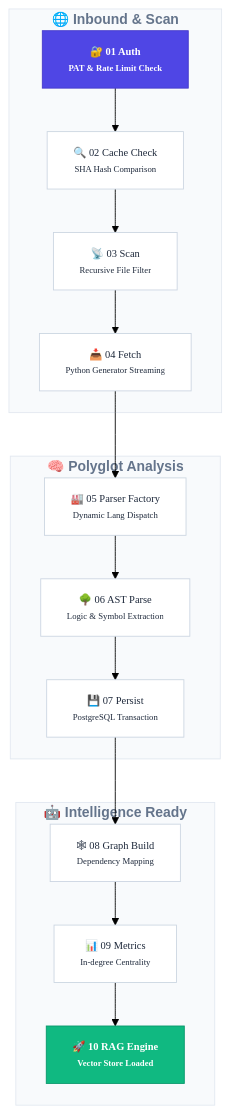
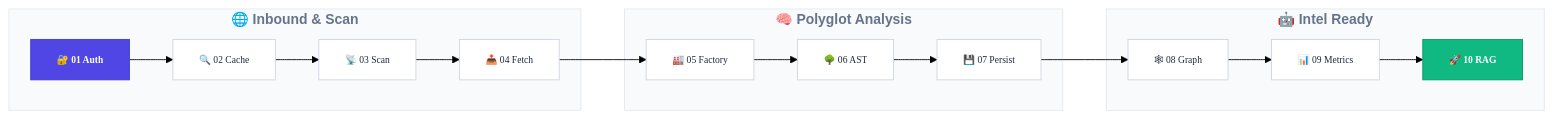
The second of 2 diagrams in README.md (EJ-pro/ChatFolio), drawn with Mermaid (forest theme) before and after one commit.

Commit message:
README 업데이트

````diff
--- a/README.md
+++ b/README.md
@@ -119,37 +119,29 @@
 ```mermaid
-flowchart TD
+flowchart LR
     subgraph Inbound ["🌐 Inbound & Scan"]
-        S1["🔐 01 Auth<br/><small>PAT & Rate Limit Check</small>"]
-        S2["🔍 02 Cache Check<br/><small>SHA Hash Comparison</small>"]
-        S3["📡 03 Scan<br/><small>Recursive File Filter</small>"]
-        S4["📥 04 Fetch<br/><small>Python Generator Streaming</small>"]
+        S1["🔐 01 Auth"] --> S2["🔍 02 Cache"] --> S3["📡 03 Scan"] --> S4["📥 04 Fetch"]
     end
 
     subgraph Backend ["🧠 Polyglot Analysis"]
-        S5["🏭 05 Parser Factory<br/><small>Dynamic Lang Dispatch</small>"]
-        S6["🌳 06 AST Parse<br/><small>Logic & Symbol Extraction</small>"]
-        S7["💾 07 Persist<br/><small>PostgreSQL Transaction</small>"]
+        S5["🏭 05 Factory"] --> S6["🌳 06 AST"] --> S7["💾 07 Persist"]
     end
 
-    subgraph Intelligence ["🤖 Intelligence Ready"]
-        S8["🕸 08 Graph Build<br/><small>Dependency Mapping</small>"]
-        S9["📊 09 Metrics<br/><small>In-degree Centrality</small>"]
-        S10["🚀 10 RAG Engine<br/><small>Vector Store Loaded</small>"]
+    subgraph Intelligence ["🤖 Intel Ready"]
+        S8["🕸 08 Graph"] --> S9["📊 09 Metrics"] --> S10["🚀 10 RAG"]
     end
 
-    S1 --> S2 --> S3 --> S4 --> S5
-    S5 --> S6 --> S7 --> S8
-    S8 --> S9 --> S10
+    S4 --> S5
+    S7 --> S8
 
     %% Styling
-    classDef default font-family:Pretendard,font-size:12px;
+    classDef default font-family:Pretendard,font-size:11px;
     classDef phase fill:#f8fafc,stroke:#e2e8f0,stroke-width:1px,color:#64748b,font-weight:bold;
     classDef start fill:#4f46e5,stroke:#4338ca,color:#fff,font-weight:bold;
     classDef endNode fill:#10b981,stroke:#059669,color:#fff,font-weight:bold;
     classDef step fill:#fff,stroke:#cbd5e1,color:#1e293b;
 
     class Inbound,Backend,Intelligence phase;
     class S1 start;
     class S10 endNode;
     class S2,S3,S4,S5,S6,S7,S8,S9 step;
 ```
````
